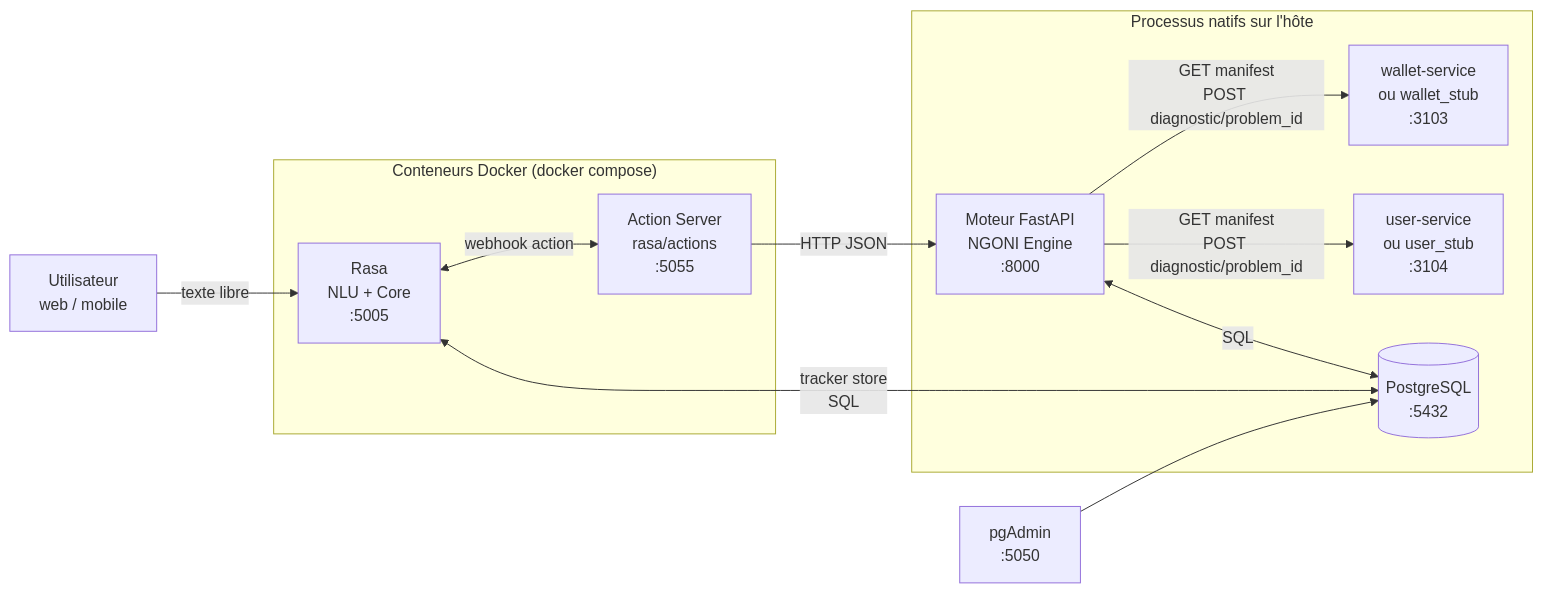
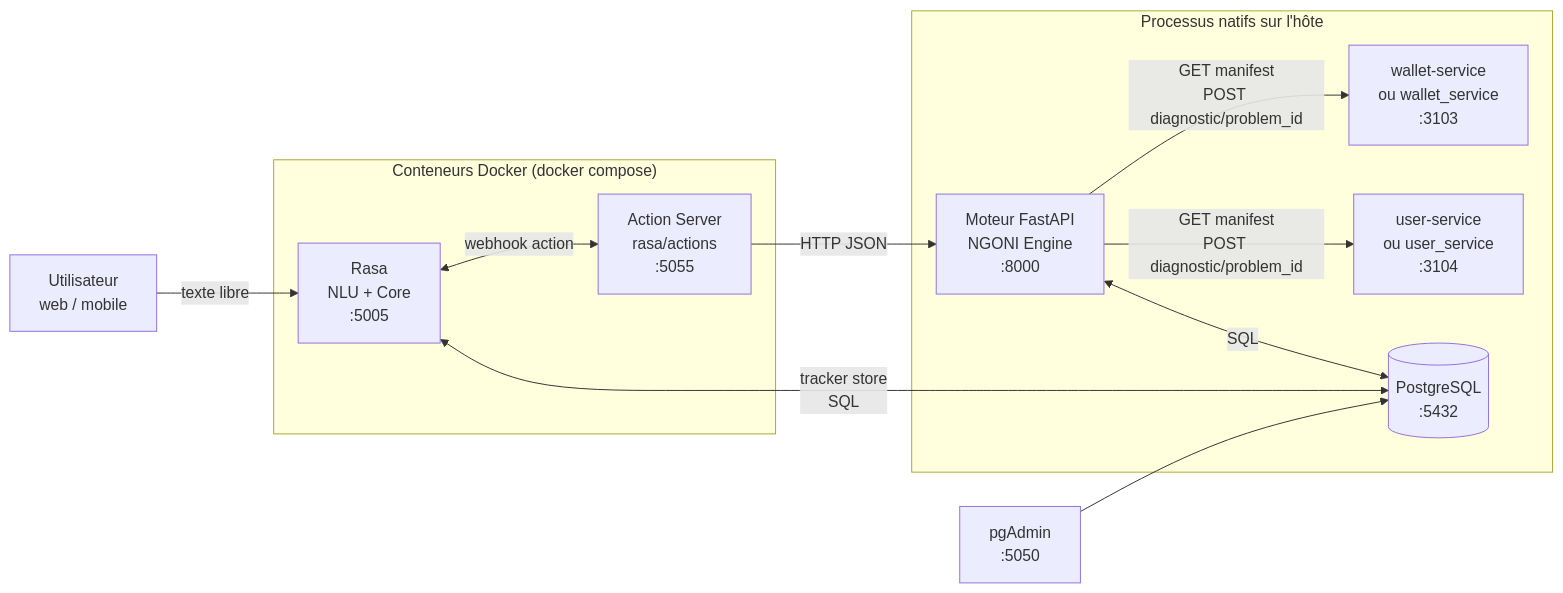
Before and after one commit to lamafx/NGONI: the diagram in docs/02-architecture.md, drawn with Mermaid. The commit also changed other lines of this file and 83 other files, not shown here.

First line of the commit message:
Renommage : stub -> service (wallet_service, user_service), ollama -> model

````diff
--- a/docs/02-architecture.md
+++ b/docs/02-architecture.md
@@ -7,22 +7,22 @@
 ```mermaid
 flowchart LR
     U[Utilisateur<br/>web / mobile] -->|texte libre| R[Rasa<br/>NLU + Core<br/>:5005]
     R <-->|webhook action| A[Action Server<br/>rasa/actions<br/>:5055]
     A -->|HTTP JSON| F[Moteur FastAPI<br/>NGONI Engine<br/>:8000]
-    F -->|GET manifest<br/>POST diagnostic/problem_id| W[wallet-service<br/>ou wallet_stub<br/>:3103]
-    F -->|GET manifest<br/>POST diagnostic/problem_id| US[user-service<br/>ou user_stub<br/>:3104]
+    F -->|GET manifest<br/>POST diagnostic/problem_id| W[wallet-service<br/>ou wallet_service<br/>:3103]
+    F -->|GET manifest<br/>POST diagnostic/problem_id| US[user-service<br/>ou user_service<br/>:3104]
     F <-->|SQL| PG[(PostgreSQL<br/>:5432)]
     R <-->|tracker store<br/>SQL| PG
     Admin[pgAdmin<br/>:5050] --> PG
 
     subgraph Docker["Conteneurs Docker (docker compose)"]
         R
         A
     end
     subgraph Hote["Processus natifs sur l'hôte"]
         F
         PG
         W
         US
     end
 ```
````
